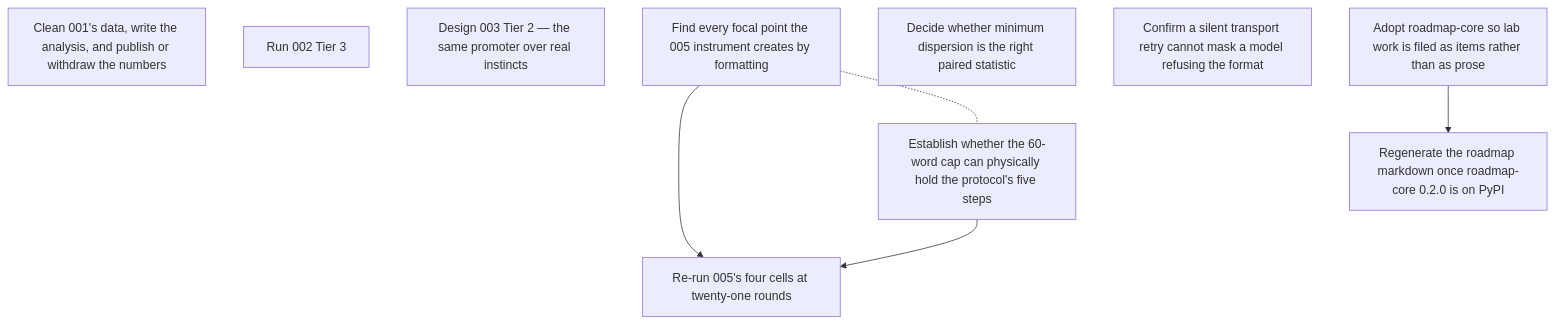
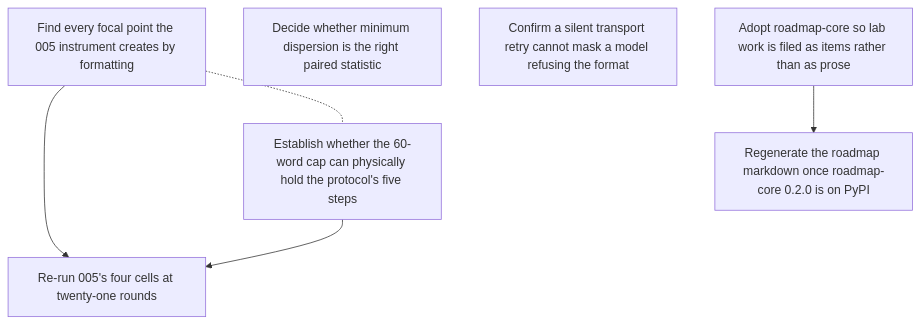
Before and after one commit to gald33/ai-lab: the diagram in roadmap/ROADMAP.md, drawn with Mermaid. The commit also changed other lines of this file and 7 other files, not shown here.

First line of the commit message:
Close 001, 002 and 003; the roadmap is 005 and the lab's own practice

````diff
--- a/roadmap/ROADMAP.md
+++ b/roadmap/ROADMAP.md
@@ -42,17 +39,14 @@
 ```mermaid
 graph TD
-  001_publish_results["Clean 001's data, write the analysis, and publish or withdraw the numbers"]
-  002_tier3_run["Run 002 Tier 3"]
-  003_tier2_design["Design 003 Tier 2 — the same promoter over real instincts"]
   005_display_precision_artifact["Find every focal point the 005 instrument creates by formatting"]
   005_paired_statistic_choice["Decide whether minimum dispersion is the right paired statistic"]
   005_rerun_at_twenty_one_rounds["Re-run 005's four cells at twenty-one rounds"]
   005_transport_retry_audit["Confirm a silent transport retry cannot mask a model refusing the format"]
   005_word_cap_fits_the_protocol["Establish whether the 60-word cap can physically hold the protocol's five steps"]
   lab_roadmap_adoption["Adopt roadmap-core so lab work is filed as items rather than as prose"]
   lab_roadmap_core_0_2_0["Regenerate the roadmap markdown once roadmap-core 0.2.0 is on PyPI"]
   005_display_precision_artifact --> 005_rerun_at_twenty_one_rounds
   005_word_cap_fits_the_protocol --> 005_rerun_at_twenty_one_rounds
   lab_roadmap_adoption --> lab_roadmap_core_0_2_0
   005_display_precision_artifact -.- 005_word_cap_fits_the_protocol
 ```
````
